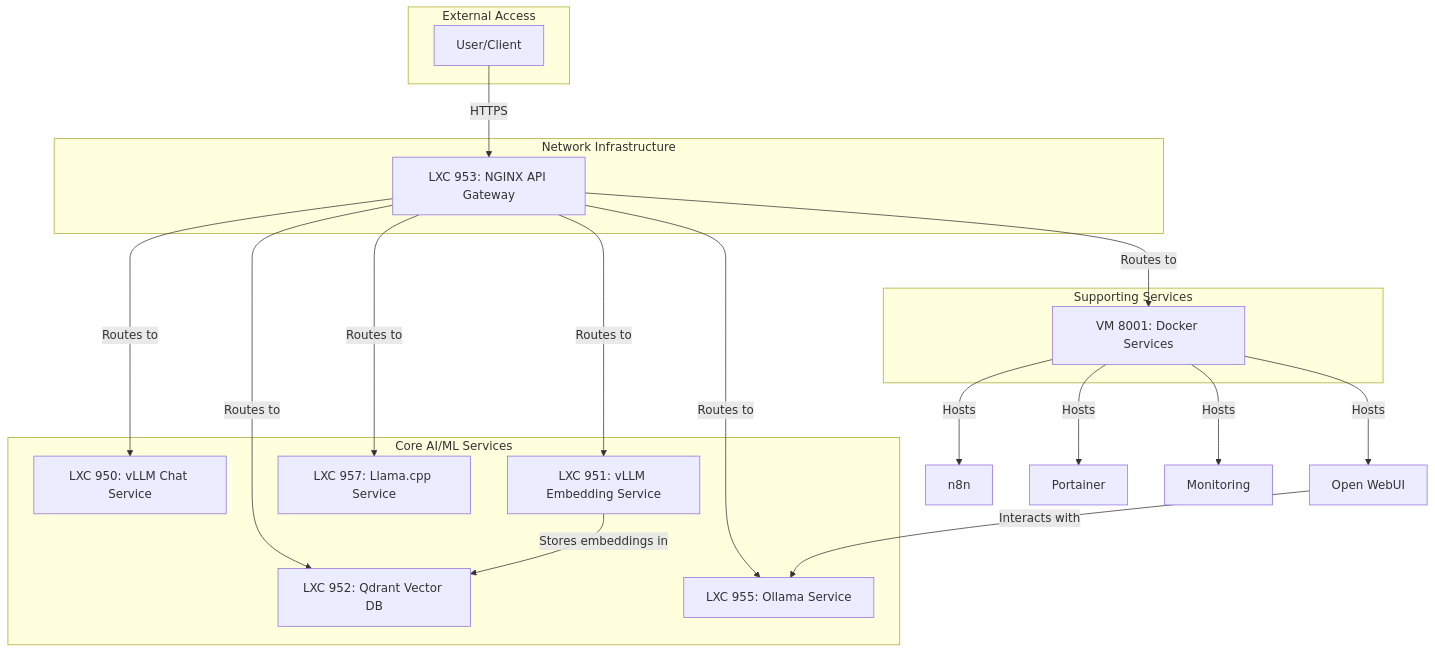
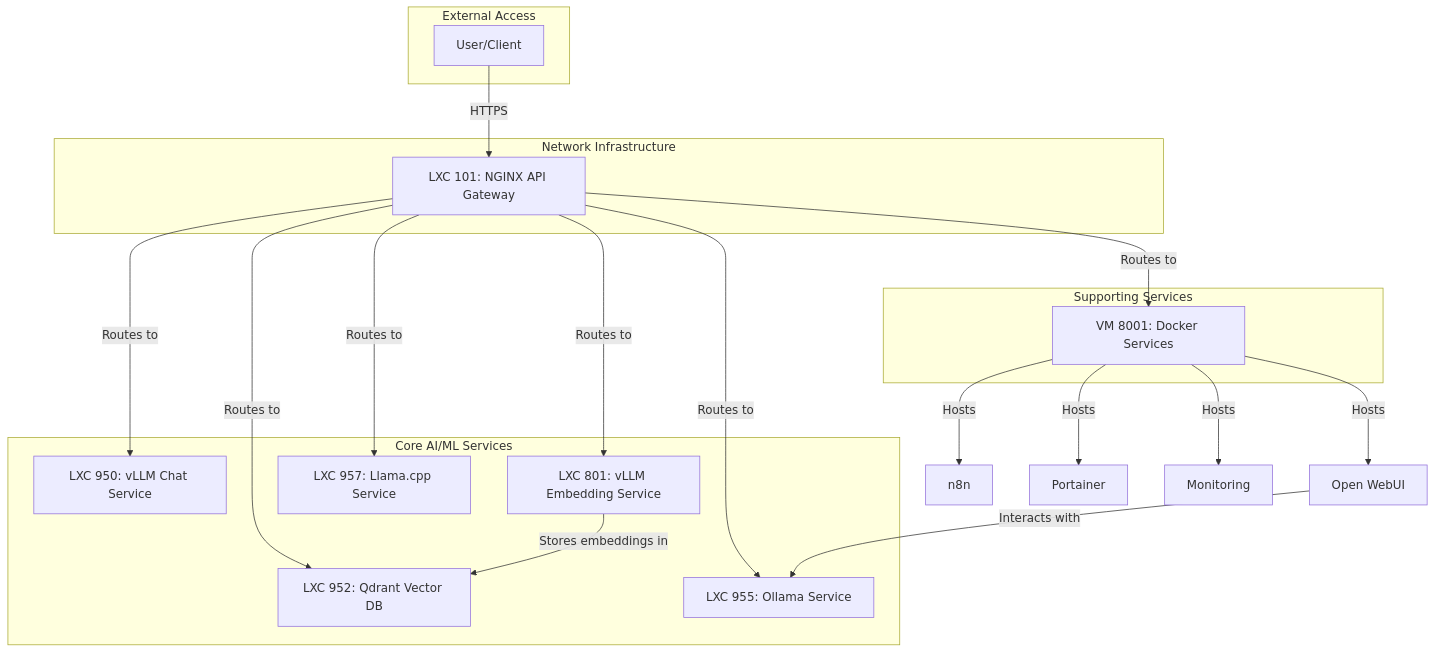
The diagram in Thinkheads.AI_docs/03_phoenix_hypervisor_implementation/00_guides/02_lxc_container_implementation_guide.md (SirHeads/Testing-ideas), drawn with Mermaid before and after one commit. The commit also changed other lines of this file and 7 other files, not shown here.

````diff
--- a/Thinkheads.AI_docs/03_phoenix_hypervisor_implementation/00_guides/02_lxc_container_implementation_guide.md
+++ b/Thinkheads.AI_docs/03_phoenix_hypervisor_implementation/00_guides/02_lxc_container_implementation_guide.md
@@ -34,38 +34,38 @@
 ```mermaid
 graph TD
     subgraph "External Access"
         User[User/Client]
     end
 
     subgraph "Network Infrastructure"
-        API_Gateway[LXC 953: NGINX API Gateway]
+        API_Gateway[LXC 101: NGINX API Gateway]
     end
 
     subgraph "Core AI/ML Services"
         VLLM_Chat[LXC 950: vLLM Chat Service]
-        VLLM_Embed[LXC 951: vLLM Embedding Service]
+        VLLM_Embed[LXC 801: vLLM Embedding Service]
         Qdrant[LXC 952: Qdrant Vector DB]
         Ollama[LXC 955: Ollama Service]
         LlamaCPP[LXC 957: Llama.cpp Service]
     end
 
     subgraph "Supporting Services"
         DockerVM["VM 8001: Docker Services"]
     end
 
     User -- HTTPS --> API_Gateway
     API_Gateway -- Routes to --> VLLM_Chat
     API_Gateway -- Routes to --> VLLM_Embed
     API_Gateway -- Routes to --> Qdrant
     API_Gateway -- Routes to --> Ollama
     API_Gateway -- Routes to --> LlamaCPP
     API_Gateway -- Routes to --> DockerVM
 
     DockerVM -- Hosts --> N8N[n8n]
     DockerVM -- Hosts --> WebUI[Open WebUI]
     DockerVM -- Hosts --> Portainer[Portainer]
     DockerVM -- Hosts --> Monitoring[Monitoring]
 
     WebUI -- Interacts with --> Ollama
     VLLM_Embed -- Stores embeddings in --> Qdrant
 ```
````
